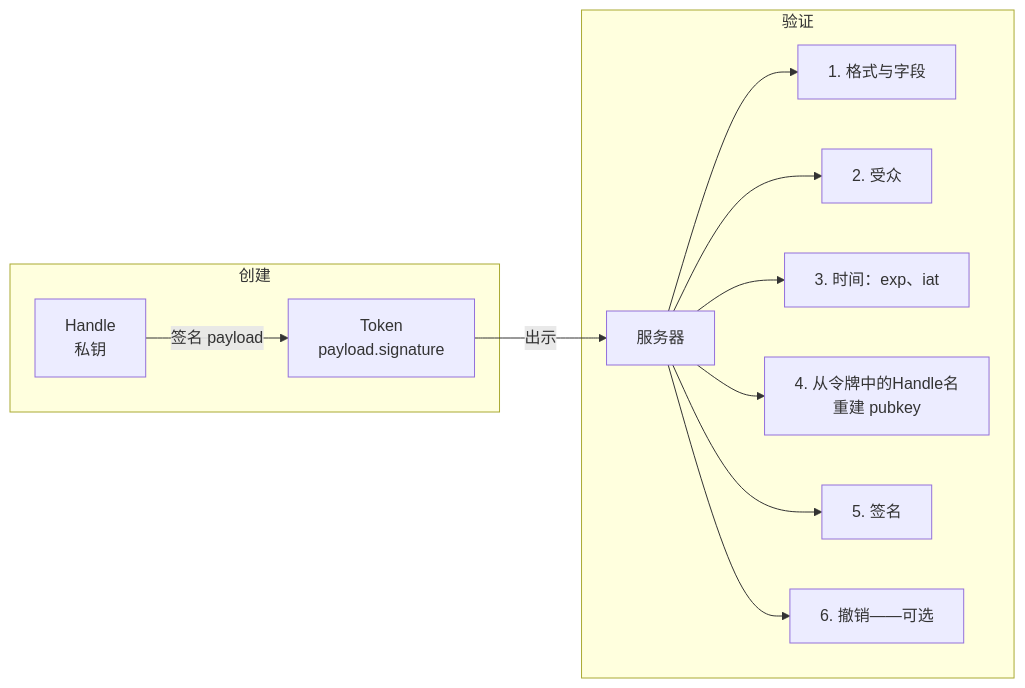
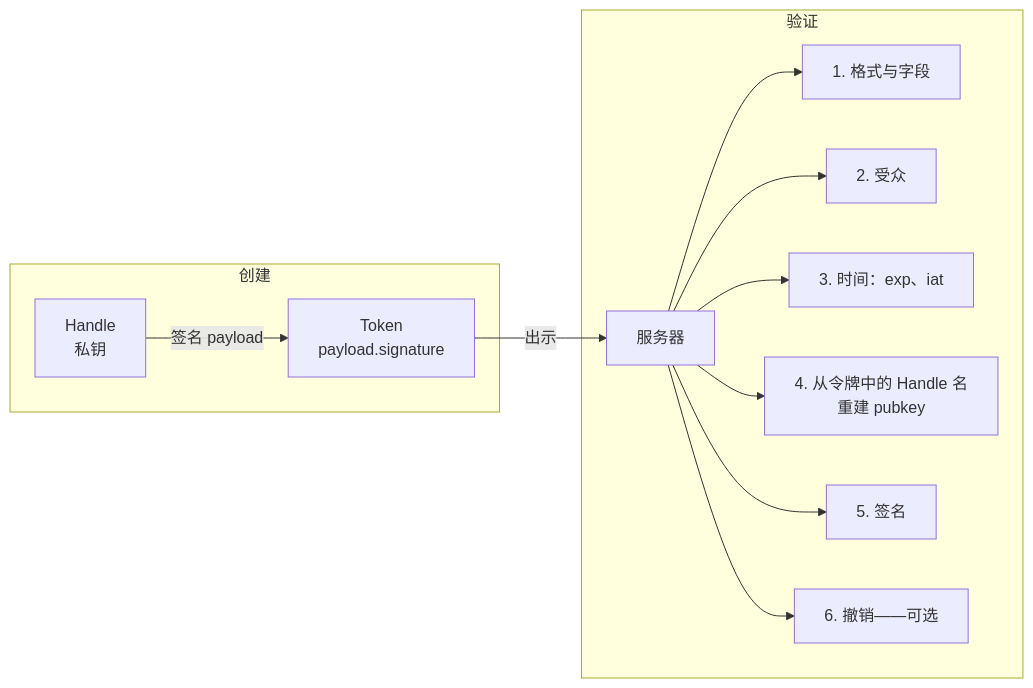
One commit to me2em-org/me2em-website changed the first of 2 diagrams in src/content/blog/zh/stateless-sessions-no-database.md. Above: the diagram before and after it, drawn with Mermaid. The commit also changed other lines of this file and 6 other files, not shown here.

````diff
--- a/src/content/blog/zh/stateless-sessions-no-database.md
+++ b/src/content/blog/zh/stateless-sessions-no-database.md
@@ -47,15 +47,15 @@
 ```mermaid
 flowchart LR
     subgraph Creation ["创建"]
         H["Handle<br/>私钥"] -->|"签名 payload"| T["Token<br/>payload.signature"]
     end
     subgraph Verification ["验证"]
         V["服务器"] --> P1["1. 格式与字段"]
         V --> P2["2. 受众"]
         V --> P3["3. 时间：exp、iat"]
-        V --> P4["4. 从令牌中的Handle名<br/>重建 pubkey"]
+        V --> P4["4. 从令牌中的 Handle 名<br/>重建 pubkey"]
         V --> P5["5. 签名"]
         V --> P6["6. 撤销——可选"]
     end
     T -->|"出示"| V
 ```
````
